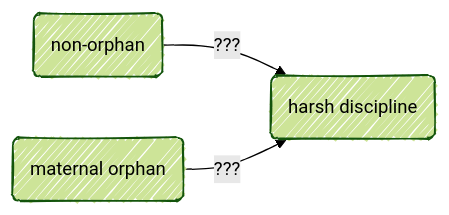
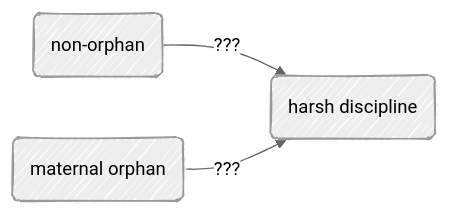
Before and after one commit to agrogan1/closeread: the diagram in orphan/diagrams.md, drawn with Mermaid.

````diff
--- a/orphan/diagrams.md
+++ b/orphan/diagrams.md
@@ -1,10 +1,10 @@
 ```mermaid
 ---
 config:
   look: handDrawn
-  theme: forest
+  theme: neutral
 ---
 flowchart LR
   nonorphan(non-orphan) --> |"???"| harshdiscipline(harsh discipline)
   maternalorphan(maternal orphan) --> |"???"| harshdiscipline(harsh discipline)
 ```
````
